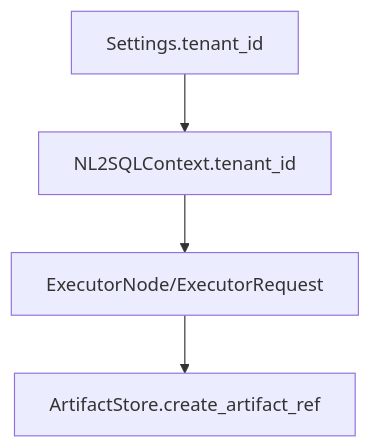
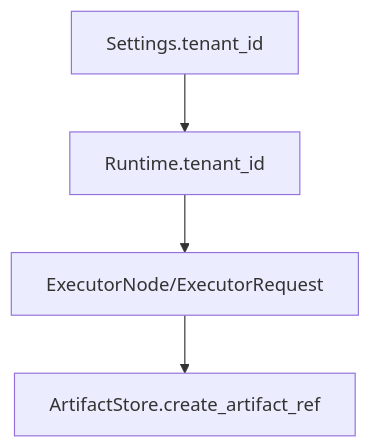
One commit to nadeem4/nl2sql changed the diagram in docs/security/multi-tenant.md. Above: the diagram before and after it, drawn with Mermaid. The commit also changed other lines of this file and 171 other files, not shown here.

````diff
--- a/docs/security/multi-tenant.md
+++ b/docs/security/multi-tenant.md
@@ -7,6 +7,6 @@
 ```mermaid
 flowchart TD
-    Settings[Settings.tenant_id] --> Context[NL2SQLContext.tenant_id]
+    Settings[Settings.tenant_id] --> Context[Runtime.tenant_id]
     Context --> Executor[ExecutorNode/ExecutorRequest]
     Executor --> Artifacts[ArtifactStore.create_artifact_ref]
 ```
````
